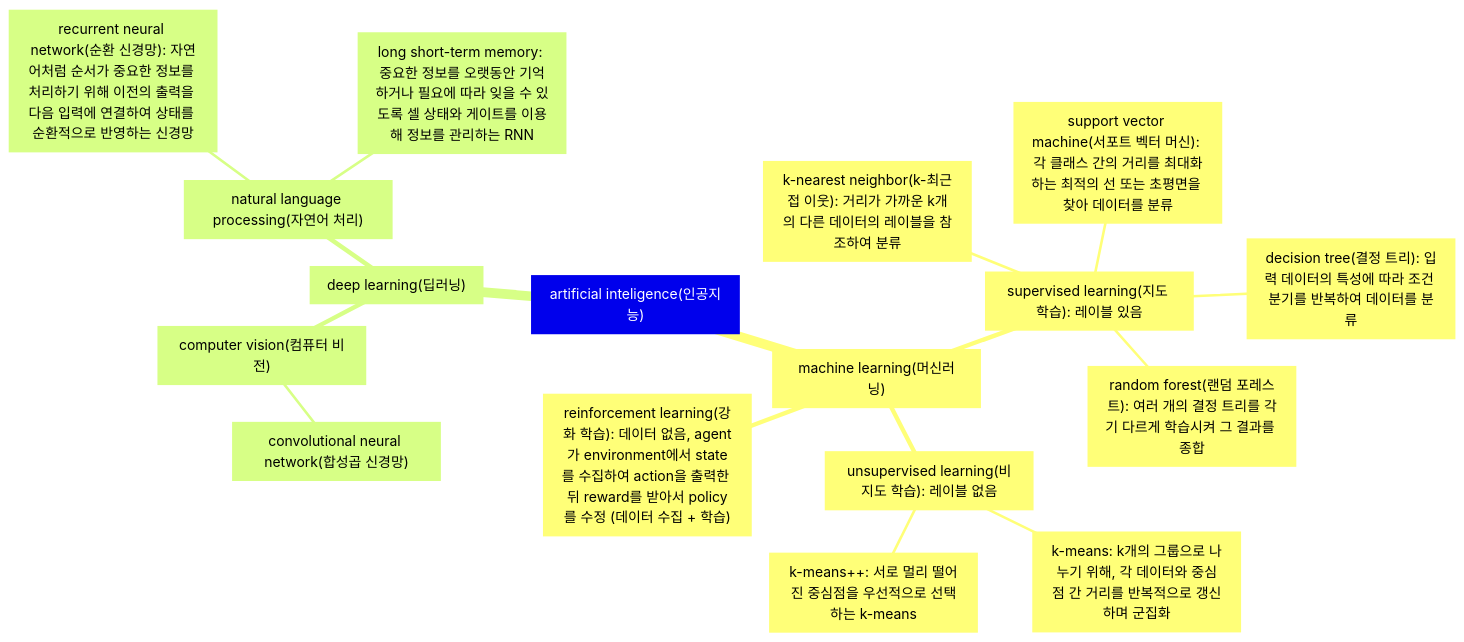
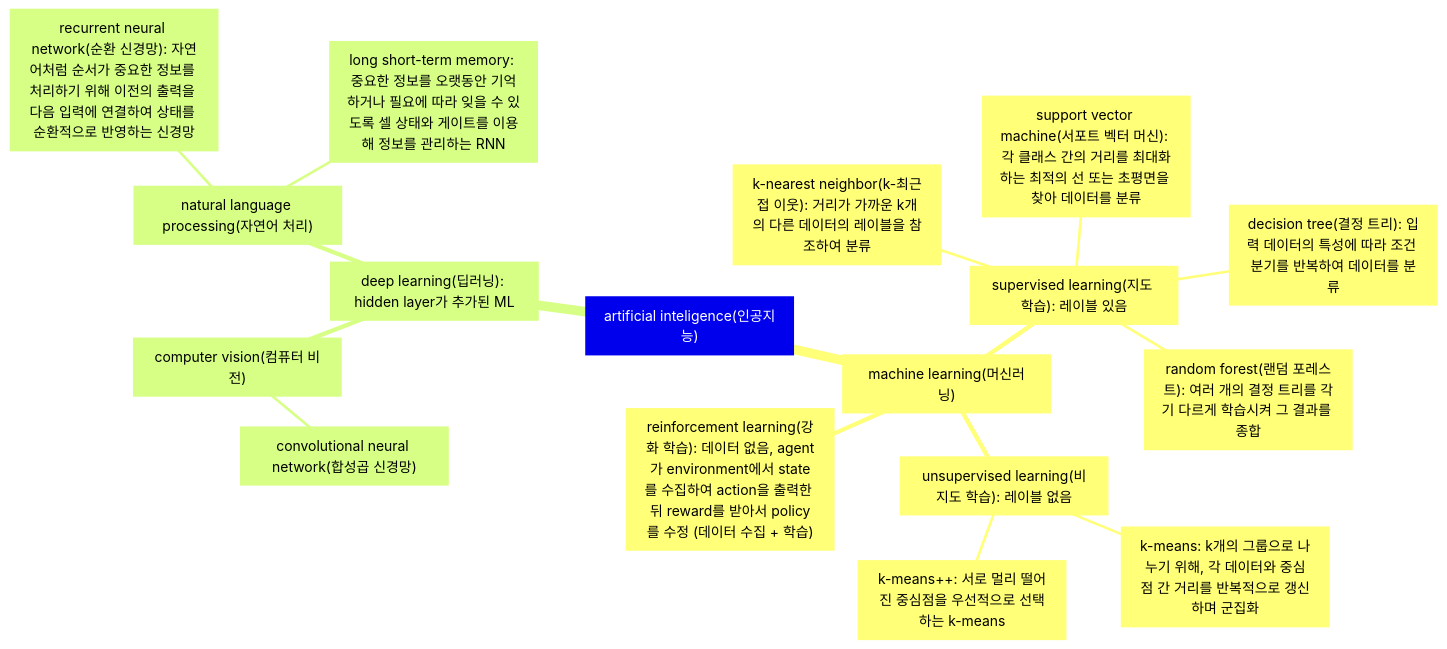
One commit to kbs-kbs/2025-1-NLP changed the first of 2 diagrams in 중간 출제 유형.md. Above: the diagram before and after it, drawn with Mermaid.

Commit message:
Update 중간 출제 유형.md

````diff
--- a/중간 출제 유형.md
+++ b/중간 출제 유형.md
@@ -2,22 +2,22 @@
 ```mermaid
 mindmap
   root["artificial inteligence(인공지능)"]
     ["machine learning(머신러닝)"]
       ["supervised learning(지도 학습): 레이블 있음"]
         ["k-nearest neighbor(k-최근접 이웃): 거리가 가까운 k개의 다른 데이터의 레이블을 참조하여 분류"]
         ["support vector machine(서포트 벡터 머신): 각 클래스 간의 거리를 최대화하는 최적의 선 또는 초평면을 찾아 데이터를 분류"]
         ["decision tree(결정 트리): 입력 데이터의 특성에 따라 조건 분기를 반복하여 데이터를 분류"]
         ["random forest(랜덤 포레스트): 여러 개의 결정 트리를 각기 다르게 학습시켜 그 결과를 종합"]
       ["unsupervised learning(비지도 학습): 레이블 없음"]
         ["k-means: k개의 그룹으로 나누기 위해, 각 데이터와 중심점 간 거리를 반복적으로 갱신하며 군집화"]
         ["k-means++: 서로 멀리 떨어진 중심점을 우선적으로 선택하는 k-means"]
       ["reinforcement learning(강화 학습): 데이터 없음, agent가 environment에서 state를 수집하여 action을 출력한 뒤 reward를 받아서 policy를 수정 (데이터 수집 + 학습)"]
-    ["deep learning(딥러닝)"]
+    ["deep learning(딥러닝): hidden layer가 추가된 ML"]
       ["computer vision(컴퓨터 비전)"]
         ["convolutional neural network(합성곱 신경망)"]
       ["natural language processing(자연어 처리)"]
         ["recurrent neural network(순환 신경망): 자연어처럼 순서가 중요한 정보를 처리하기 위해 이전의 출력을 다음 입력에 연결하여 상태를 순환적으로 반영하는 신경망"]
         ["long short-term memory: 중요한 정보를 오랫동안 기억하거나 필요에 따라 잊을 수 있도록 셀 상태와 게이트를 이용해 정보를 관리하는 RNN"]
 
 
 ```
````
